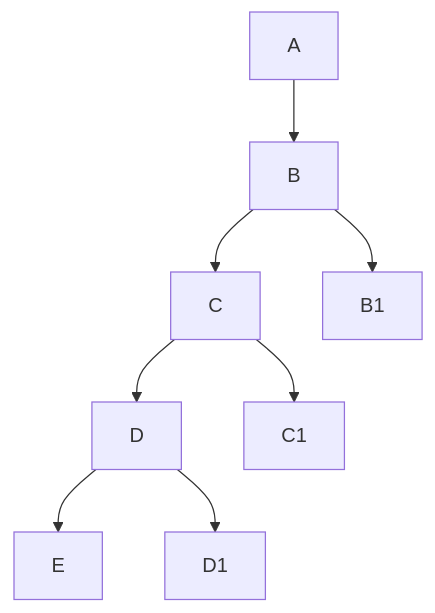
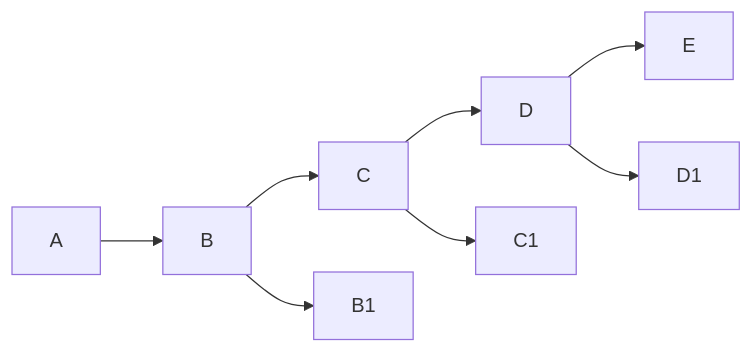
The diagram in README.md (fbaube/lwdx), drawn with Mermaid before and after one commit.

Commit message:
TD => LR

````diff
--- a/README.md
+++ b/README.md
@@ -37,10 +37,10 @@
 ```mermaid
-  graph TD;
+  graph LR;
       A-->B;
       B-->C;
       C-->D;
       D-->E;
       B-->B1
       C-->C1
       D-->D1
 ```
````
